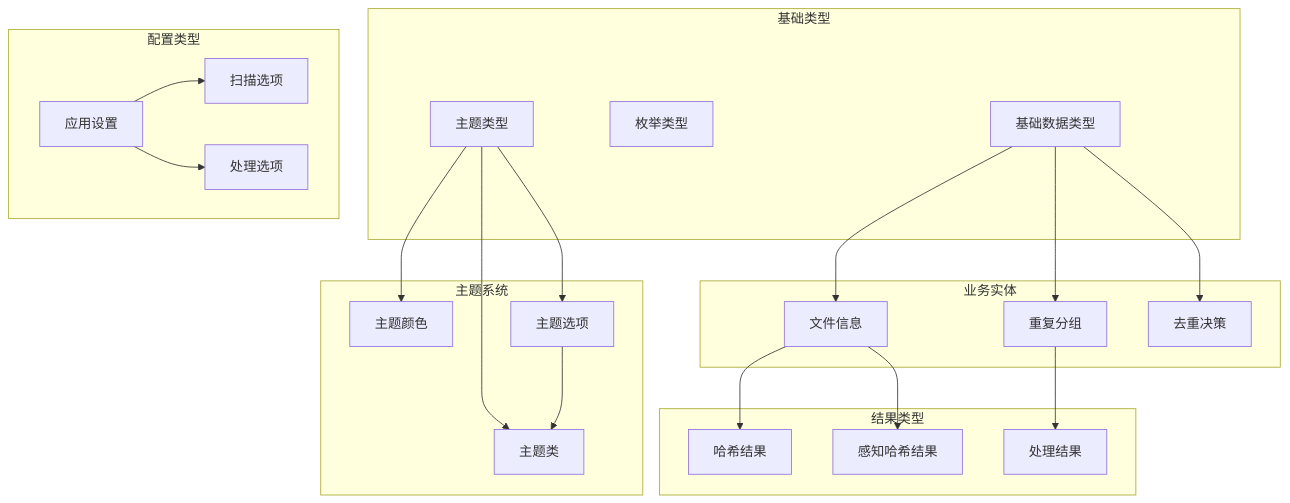
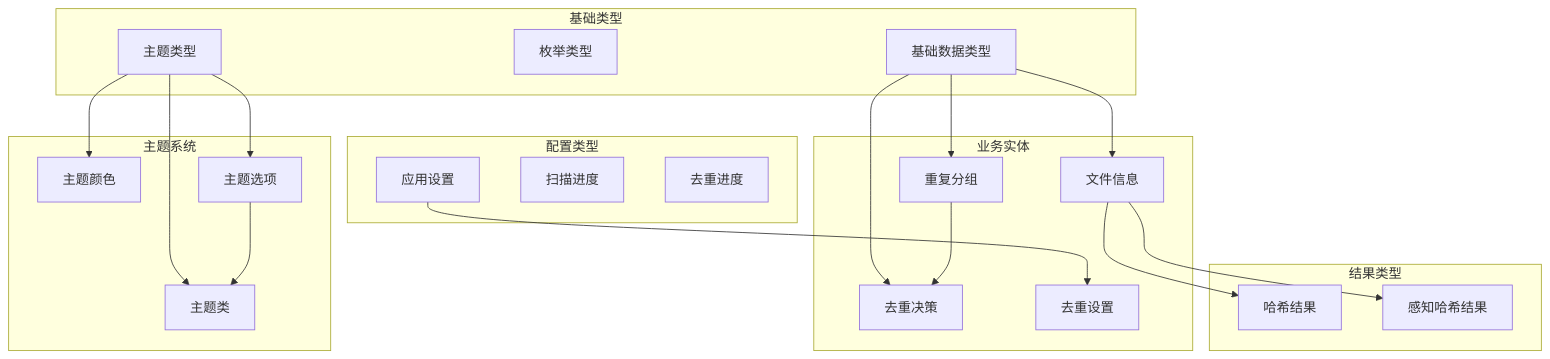
One commit to remgasuki/ReDoPhoto changed the fifth of 10 diagrams in .qoder/repowiki/zh/content/API参考手册/类型定义参考.md. Above: the diagram before and after it, drawn with Mermaid. The commit also changed other lines of this file and 39 other files, not shown here.

````diff
--- a/.qoder/repowiki/zh/content/API参考手册/类型定义参考.md
+++ b/.qoder/repowiki/zh/content/API参考手册/类型定义参考.md
@@ -210,40 +189,39 @@
 ```mermaid
 graph TD
 subgraph "基础类型"
 BaseTypes[基础数据类型]
 Enums[枚举类型]
 ThemeTypes[主题类型]
 end
 subgraph "业务实体"
 FileInfo[文件信息]
 DuplicateGroup[重复分组]
 DedupDecision[去重决策]
+DedupSettings[去重设置]
 end
 subgraph "配置类型"
 AppSettings[应用设置]
-ScanOptions[扫描选项]
-ProcessingOptions[处理选项]
+ScanProgress[扫描进度]
+DedupProgress[去重进度]
 end
 subgraph "结果类型"
 HashResult[哈希结果]
 PhashResult[感知哈希结果]
-ProcessingResult[处理结果]
 end
 subgraph "主题系统"
 ThemeColor[主题颜色]
 ThemeClasses[主题类]
 ThemeOption[主题选项]
 end
 BaseTypes --> FileInfo
 BaseTypes --> DuplicateGroup
 BaseTypes --> DedupDecision
 ThemeTypes --> ThemeColor
 ThemeTypes --> ThemeClasses
 ThemeTypes --> ThemeOption
-AppSettings --> ScanOptions
-AppSettings --> ProcessingOptions
+AppSettings --> DedupSettings
 FileInfo --> HashResult
 FileInfo --> PhashResult
-DuplicateGroup --> ProcessingResult
+DuplicateGroup --> DedupDecision
 ThemeOption --> ThemeClasses
 ```
````
